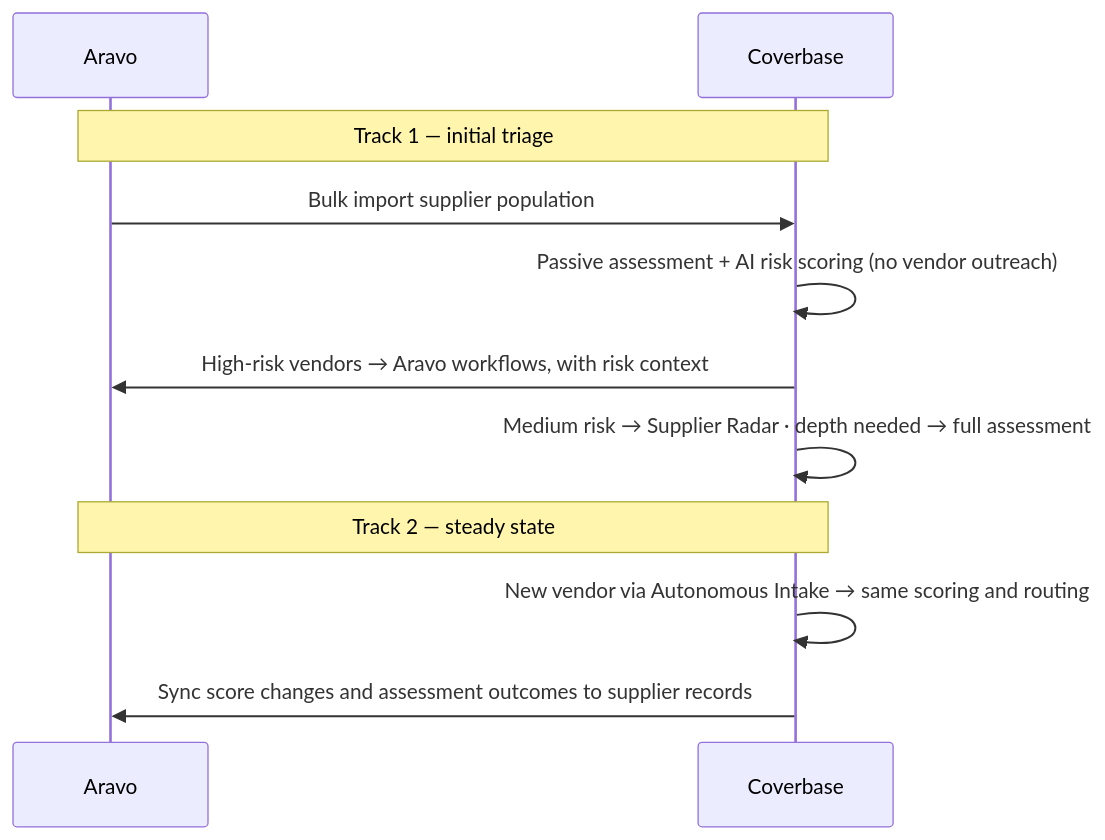
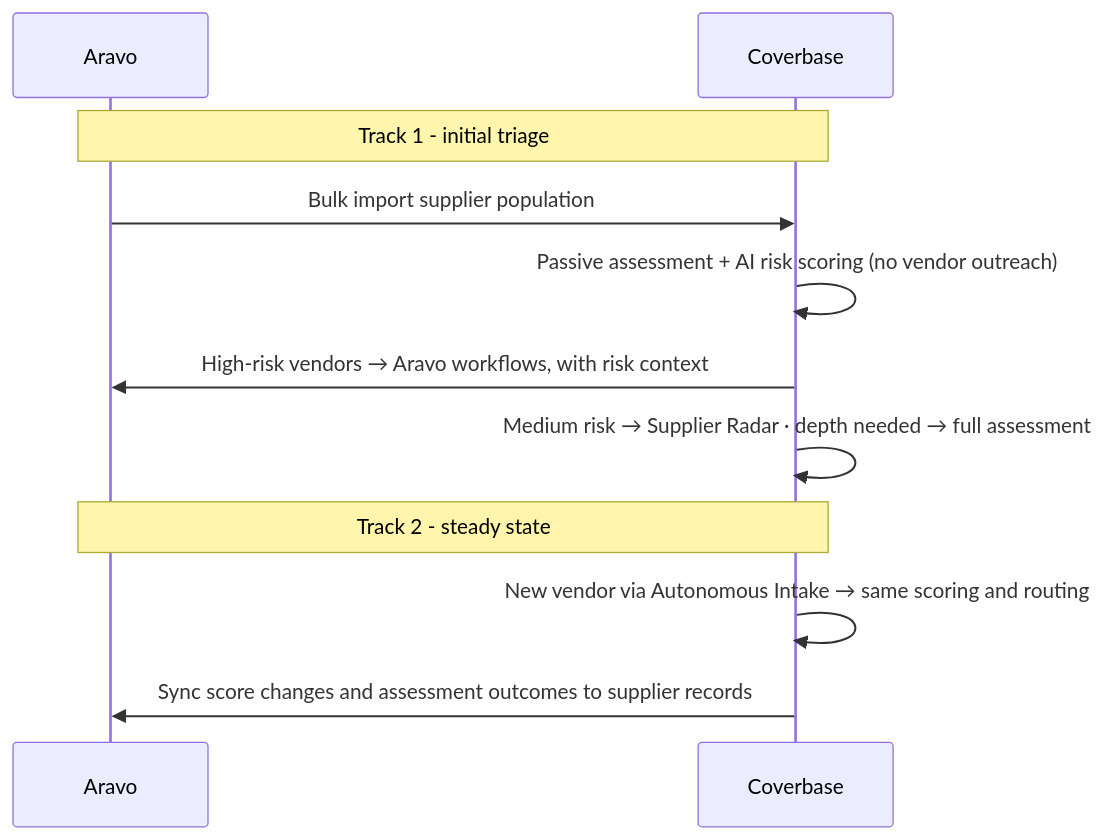
Before and after one commit to coverbasedev/docs: the second of 2 diagrams in integrations/guides/aravo.mdx, drawn with Mermaid. The commit also changed other lines of this file and 44 other files, not shown here.

````diff
--- a/integrations/guides/aravo.mdx
+++ b/integrations/guides/aravo.mdx
@@ -48,13 +48,13 @@
 ```mermaid
 sequenceDiagram
   participant AR as Aravo
   participant CB as Coverbase
-  Note over AR,CB: Track 1 — initial triage
+  Note over AR,CB: Track 1 - initial triage
   AR->>CB: Bulk import supplier population
   CB->>CB: Passive assessment + AI risk scoring (no vendor outreach)
   CB->>AR: High-risk vendors → Aravo workflows, with risk context
   CB->>CB: Medium risk → Supplier Radar · depth needed → full assessment
-  Note over AR,CB: Track 2 — steady state
+  Note over AR,CB: Track 2 - steady state
   CB->>CB: New vendor via Autonomous Intake → same scoring and routing
   CB->>AR: Sync score changes and assessment outcomes to supplier records
 ```
````
